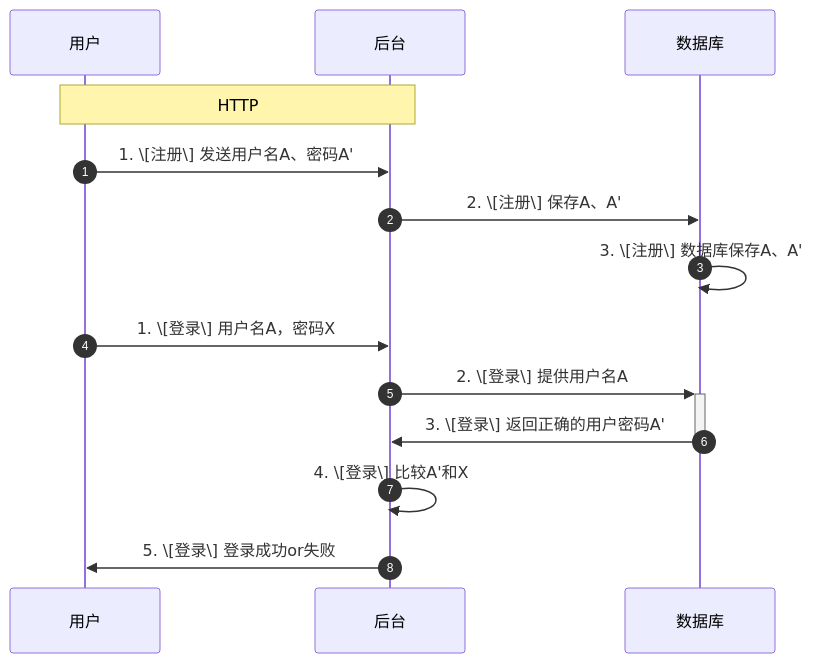
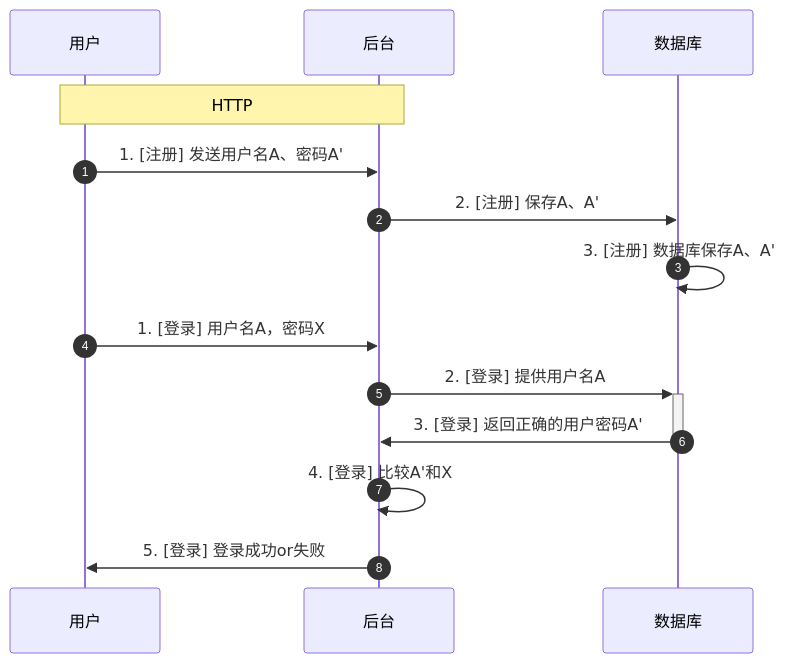
One commit to orangeboyChen/blog changed the first of 8 diagrams in src/content/posts/dev/passkey理论与开发入门/index.md. Above: the diagram before and after it, drawn with Mermaid. The commit also changed other lines of this file and 27 other files, not shown here.

````diff
--- a/src/content/posts/dev/passkey理论与开发入门/index.md
+++ b/src/content/posts/dev/passkey理论与开发入门/index.md
@@ -19,18 +20,18 @@
 ```mermaid
 sequenceDiagram
     autonumber
     participant 用户
     participant 后台
     participant 数据库
 
     Note over 用户,后台: HTTP
-    用户 ->> 后台: 1. \[注册\] 发送用户名A、密码A'
-    后台 ->> 数据库: 2. \[注册\] 保存A、A'
-    数据库 ->> 数据库: 3. \[注册\] 数据库保存A、A'
+    用户 ->> 后台: 1. [注册] 发送用户名A、密码A'
+    后台 ->> 数据库: 2. [注册] 保存A、A'
+    数据库 ->> 数据库: 3. [注册] 数据库保存A、A'
 
-    用户 ->> 后台: 1. \[登录\] 用户名A，密码X
-    后台 ->>+ 数据库: 2. \[登录\] 提供用户名A
-    数据库 ->>- 后台: 3. \[登录\] 返回正确的用户密码A'
-    后台 ->> 后台: 4. \[登录\] 比较A'和X
-    后台 ->> 用户: 5. \[登录\] 登录成功or失败
+    用户 ->> 后台: 1. [登录] 用户名A，密码X
+    后台 ->>+ 数据库: 2. [登录] 提供用户名A
+    数据库 ->>- 后台: 3. [登录] 返回正确的用户密码A'
+    后台 ->> 后台: 4. [登录] 比较A'和X
+    后台 ->> 用户: 5. [登录] 登录成功or失败
 ```
````
